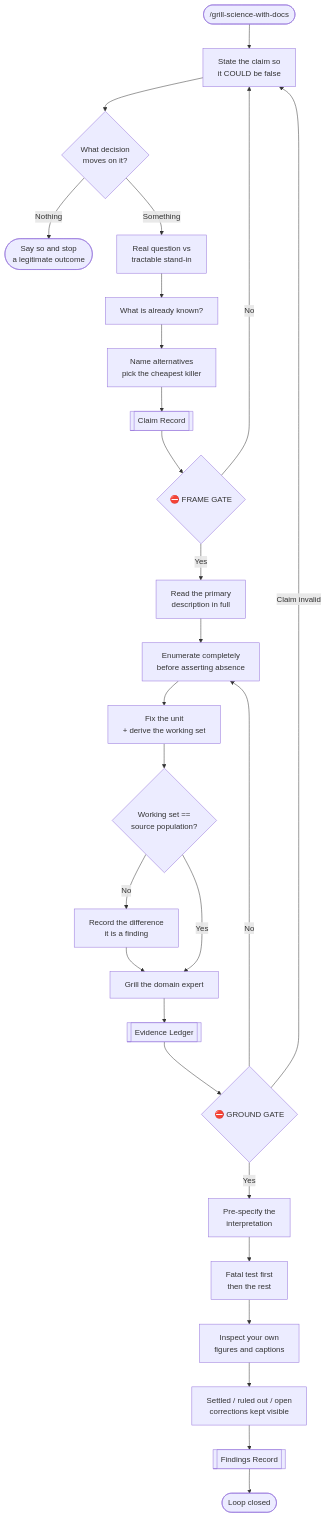
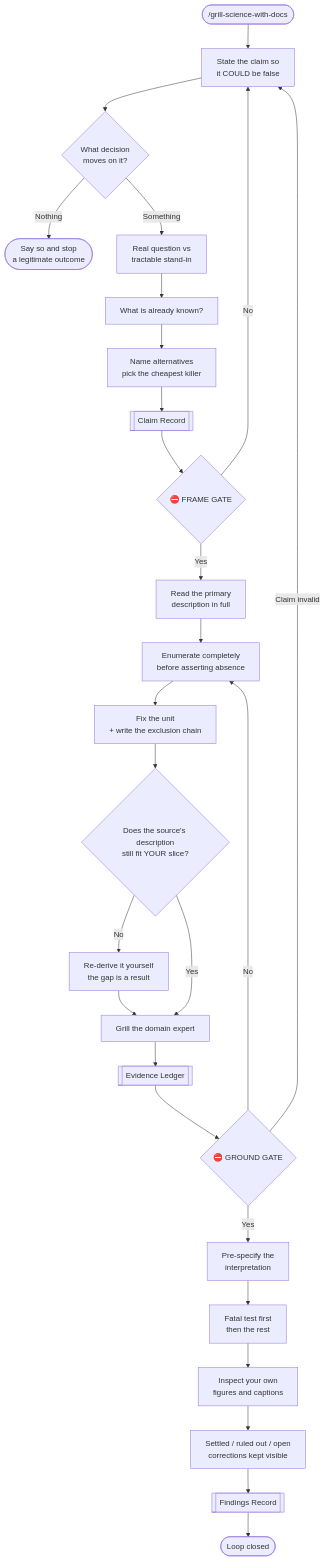
Before and after one commit to biomystery/claude-skills: the diagram in grill-science-with-docs/README.md, drawn with Mermaid. The commit also changed other lines of this file and 2 other files, not shown here.

Commit message:
grill-science-with-docs: generalize the slice/source check beyond populations
'Is your working set the same as the source's?' still assumed the evidence was a
population. The underlying principle is broader: every analysis runs on a slice —
filtered, joined, deduplicated, restricted to where a field is populated, cut to a
range where an instrument is trusted — and the source characterises the whole, not
your slice.

Restated as two general steps: write down the chain of exclusions that produced the
slice, and do not inherit the source's self-description — re-derive the summary
numbers on the slice you actually have. A disagreement is a result about whether the
source's conclusions transfer.

````diff
--- a/grill-science-with-docs/README.md
+++ b/grill-science-with-docs/README.md
@@ -36,41 +36,41 @@
 ```mermaid
 flowchart TD
     start(["/grill-science-with-docs"])
     falsi["State the claim so\nit COULD be false"]
     dec{"What decision\nmoves on it?"}
     stop(["Say so and stop\na legitimate outcome"])
     proxy["Real question vs\ntractable stand-in"]
     known["What is already known?"]
     kill["Name alternatives\npick the cheapest killer"]
     cr[["Claim Record"]]
     g1{"⛔ FRAME GATE"}
 
     src["Read the primary\ndescription in full"]
     enum["Enumerate completely\nbefore asserting absence"]
-    unit["Fix the unit\n+ derive the working set"]
-    same{"Working set ==\nsource population?"}
-    diffr["Record the difference\nit is a finding"]
+    unit["Fix the unit\n+ write the exclusion chain"]
+    same{"Does the source's description\nstill fit YOUR slice?"}
+    diffr["Re-derive it yourself\nthe gap is a result"]
     human["Grill the domain expert"]
     el[["Evidence Ledger"]]
     g2{"⛔ GROUND GATE"}
 
     pre["Pre-specify the\ninterpretation"]
     run["Fatal test first\nthen the rest"]
     look["Inspect your own\nfigures and captions"]
 
     close["Settled / ruled out / open\ncorrections kept visible"]
     fr[["Findings Record"]]
     done(["Loop closed"])
 
     start --> falsi --> dec
     dec -->|Nothing| stop
     dec -->|Something| proxy --> known --> kill --> cr --> g1
     g1 -->|No| falsi
     g1 -->|Yes| src --> enum --> unit --> same
     same -->|No| diffr --> human
     same -->|Yes| human
     human --> el --> g2
     g2 -->|No| enum
     g2 -->|Claim invalid| falsi
     g2 -->|Yes| pre --> run --> look --> close --> fr --> done
 ```
````
